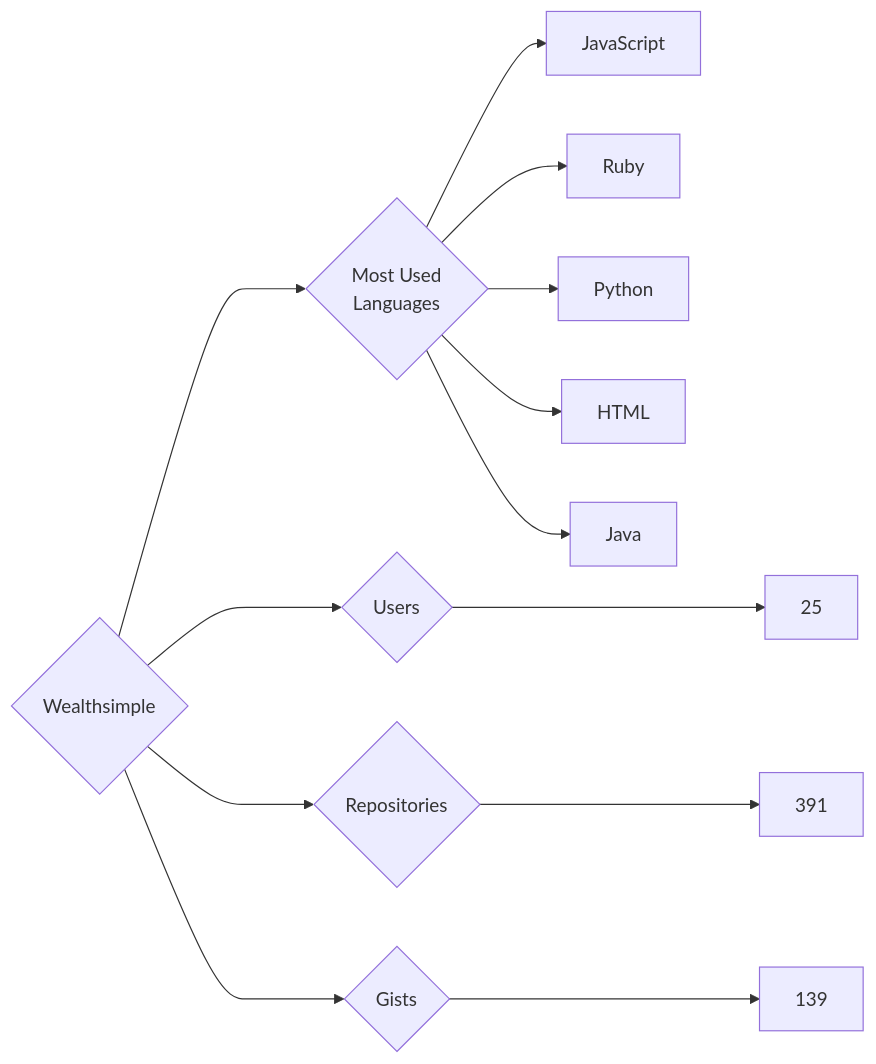
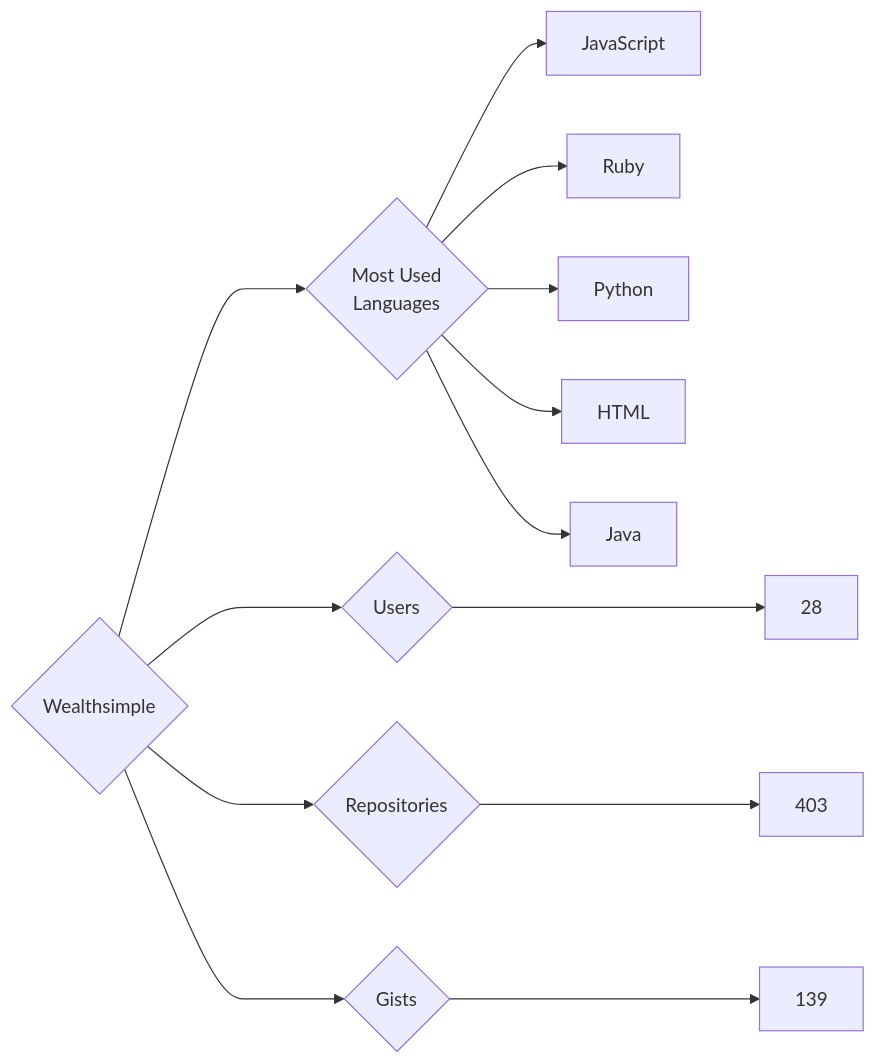
Before and after one commit to trickest/insiders: the diagram in targets/Wealthsimple/README.md, drawn with Mermaid. The commit also changed 799 other files, not shown here.

````diff
--- a/targets/Wealthsimple/README.md
+++ b/targets/Wealthsimple/README.md
@@ -3,13 +3,13 @@
 ```mermaid
 graph LR
 COMPANY_NAME{Wealthsimple}
-COMPANY_NAME ---> U{Users} ---> UN[25]
-COMPANY_NAME ---> R{Repositories} ---> RN[391]
+COMPANY_NAME ---> U{Users} ---> UN[28]
+COMPANY_NAME ---> R{Repositories} ---> RN[403]
 COMPANY_NAME ---> G{Gists} ---> GN[139]
 COMPANY_NAME ---> ML{Most Used<br>Languages}
 ML --> JavaScript[JavaScript]
 ML --> Ruby[Ruby]
 ML --> Python[Python]
 ML --> HTML[HTML]
 ML --> Java[Java]
 ```
````
